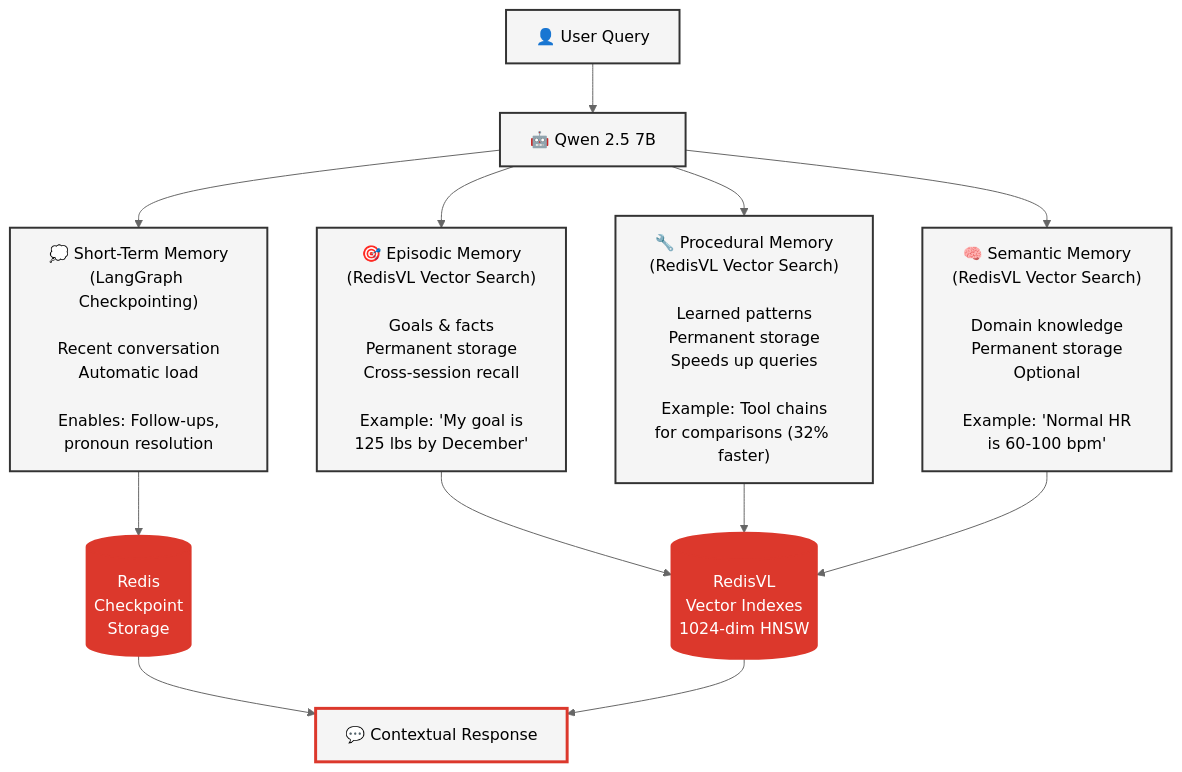
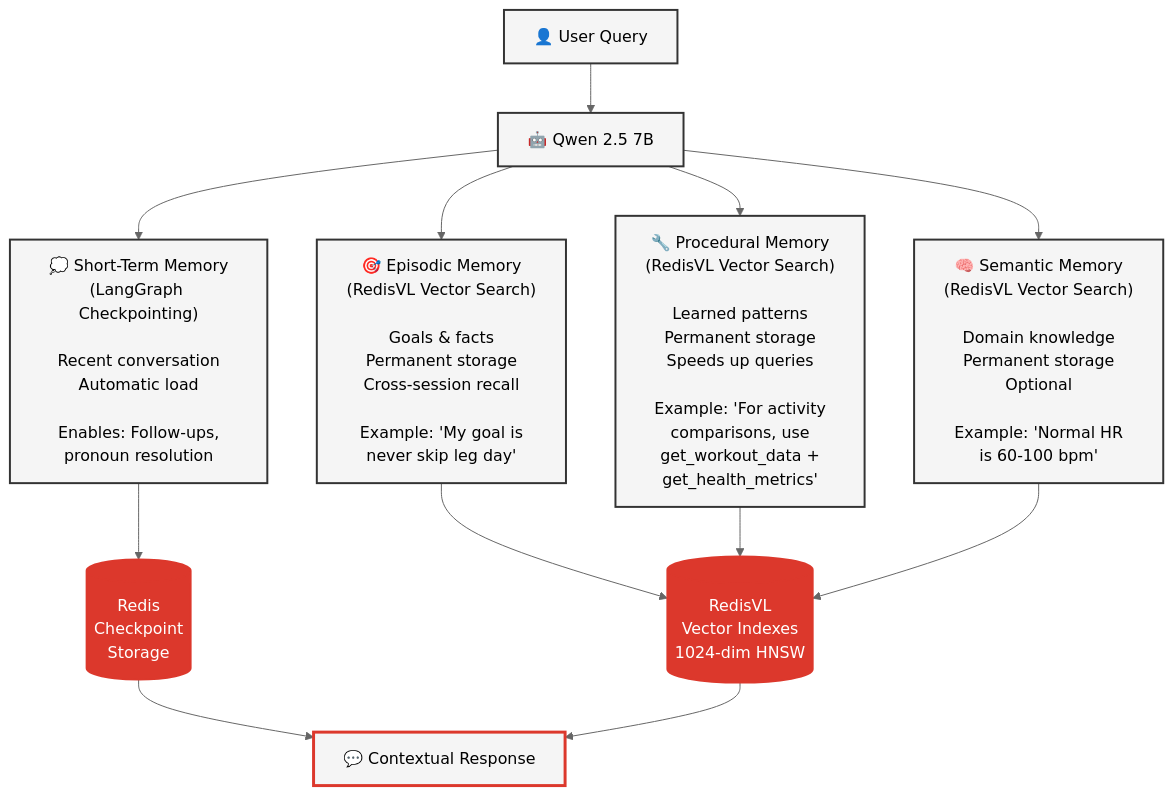
Before and after one commit to AllieRays/redis-wellness: the diagram in docs/10_MEMORY_ARCHITECTURE.md, drawn with Mermaid (neutral theme). The commit also changed other lines of this file, not shown here.

````diff
--- a/docs/10_MEMORY_ARCHITECTURE.md
+++ b/docs/10_MEMORY_ARCHITECTURE.md
@@ -23,27 +23,27 @@
 ```mermaid
 flowchart TD
     User[👤 User Query] --> Agent[🤖 Qwen 2.5 7B]
 
     Agent --> STM["💭 Short-Term Memory<br/>(LangGraph Checkpointing)<br/><br/>Recent conversation<br/>Automatic load<br/><br/>Enables: Follow-ups,<br/>pronoun resolution"]
-    Agent --> EM["🎯 Episodic Memory<br/>(RedisVL Vector Search)<br/><br/>Goals & facts<br/>Permanent storage<br/>Cross-session recall<br/><br/>Example: 'My goal is<br/>125 lbs by December'"]
-    Agent --> PM["🔧 Procedural Memory<br/>(RedisVL Vector Search)<br/><br/>Learned patterns<br/>Permanent storage<br/>Speeds up queries<br/><br/>Example: Tool chains<br/>for comparisons (32% faster)"]
+    Agent --> EM["🎯 Episodic Memory<br/>(RedisVL Vector Search)<br/><br/>Goals & facts<br/>Permanent storage<br/>Cross-session recall<br/><br/>Example: 'My goal is<br/>never skip leg day'"]
+    Agent --> PM["🔧 Procedural Memory<br/>(RedisVL Vector Search)<br/><br/>Learned patterns<br/>Permanent storage<br/>Speeds up queries<br/><br/>Example: 'For activity<br/>comparisons, use<br/>get_workout_data +<br/>get_health_metrics'"]
     Agent --> SM["🧠 Semantic Memory<br/>(RedisVL Vector Search)<br/><br/>Domain knowledge<br/>Permanent storage<br/>Optional<br/><br/>Example: 'Normal HR<br/>is 60-100 bpm'"]
 
     STM --> Redis[(Redis<br/>Checkpoint<br/>Storage)]
     EM --> RedisVL[(RedisVL<br/>Vector Indexes<br/>1024-dim HNSW)]
     PM --> RedisVL
     SM --> RedisVL
 
     Redis --> Response[💬 Contextual Response]
     RedisVL --> Response
 
     style User fill:#f5f5f5,stroke:#333,stroke-width:2px
     style Agent fill:#f5f5f5,stroke:#333,stroke-width:2px
     style STM fill:#f5f5f5,stroke:#333,stroke-width:2px
     style EM fill:#f5f5f5,stroke:#333,stroke-width:2px
     style PM fill:#f5f5f5,stroke:#333,stroke-width:2px
     style SM fill:#f5f5f5,stroke:#333,stroke-width:2px
     style Redis fill:#DC382C,stroke:#DC382C,stroke-width:2px,color:#fff
     style RedisVL fill:#DC382C,stroke:#DC382C,stroke-width:2px,color:#fff
     style Response fill:#f5f5f5,stroke:#DC382C,stroke-width:3px
 ```
````
